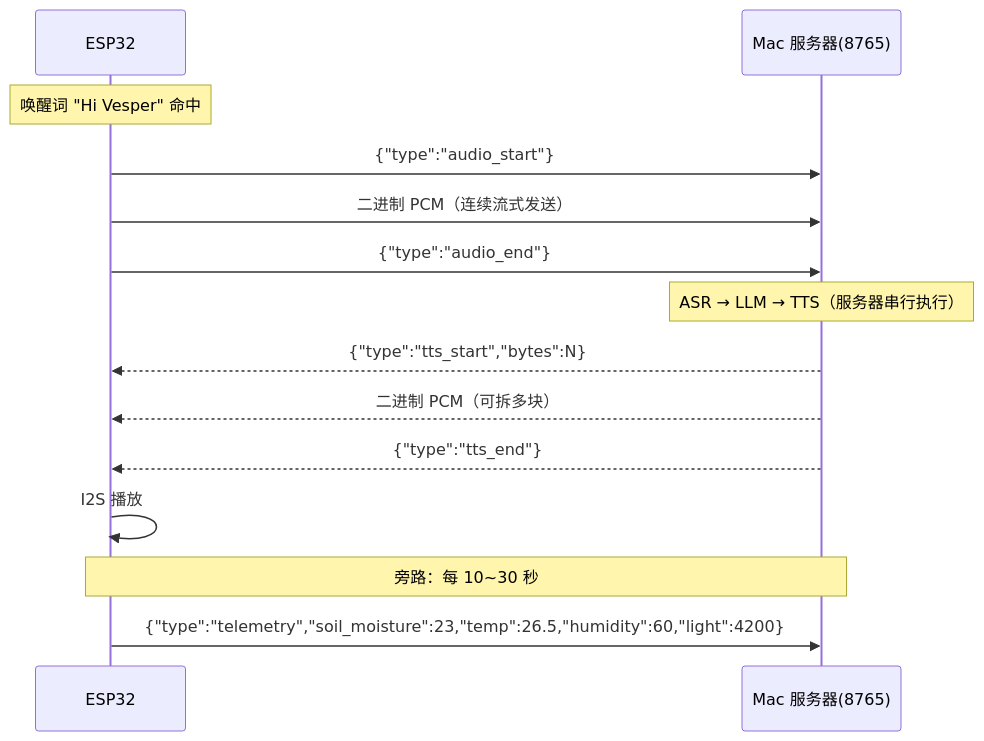
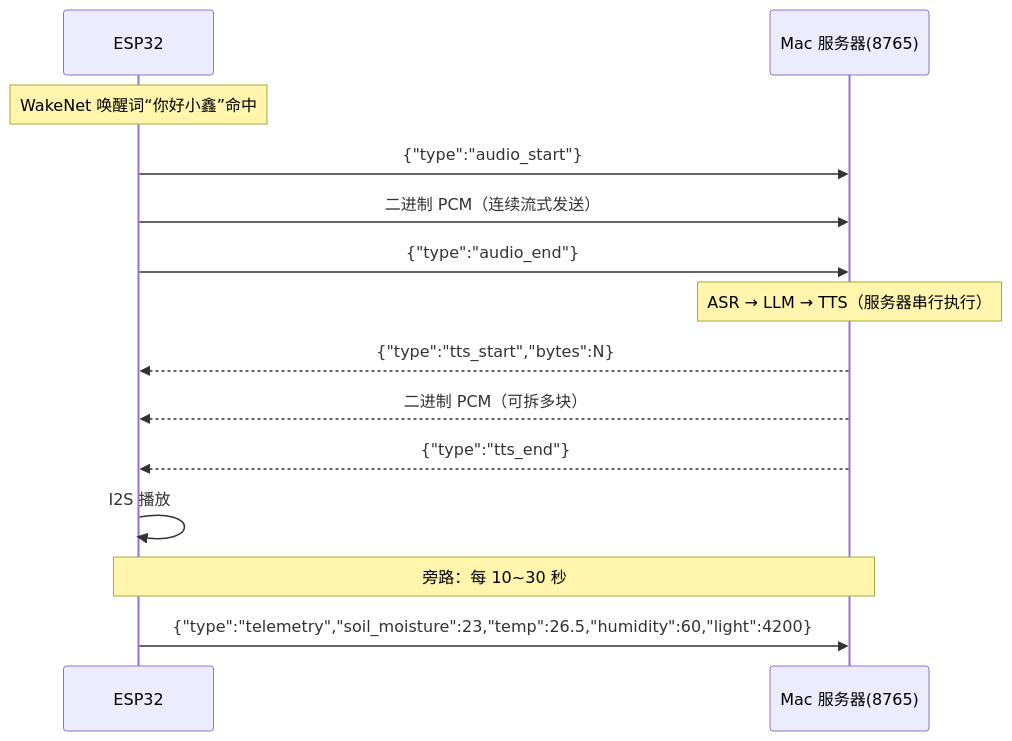
The first of 2 diagrams in ESP32_README.md (Hongzhen-Liang/Viora), drawn with Mermaid before and after one commit. The commit also changed other lines of this file and 14 other files, not shown here.

First line of the commit message:
Refactor wake word detection to utilize ESP-SR AFE WakeNet model

````diff
--- a/ESP32_README.md
+++ b/ESP32_README.md
@@ -66,18 +66,18 @@
 ```mermaid
 sequenceDiagram
     participant E as ESP32
     participant S as Mac 服务器(8765)
 
-    Note over E: 唤醒词 "Hi Vesper" 命中
+    Note over E: WakeNet 唤醒词“你好小鑫”命中
     E->>S: {"type":"audio_start"}
     E->>S: 二进制 PCM（连续流式发送）
     E->>S: {"type":"audio_end"}
     Note over S: ASR → LLM → TTS（服务器串行执行）
     S-->>E: {"type":"tts_start","bytes":N}
     S-->>E: 二进制 PCM（可拆多块）
     S-->>E: {"type":"tts_end"}
     E->>E: I2S 播放
 
     Note over E,S: 旁路：每 10~30 秒
     E->>S: {"type":"telemetry","soil_moisture":23,"temp":26.5,"humidity":60,"light":4200}
 ```
````
